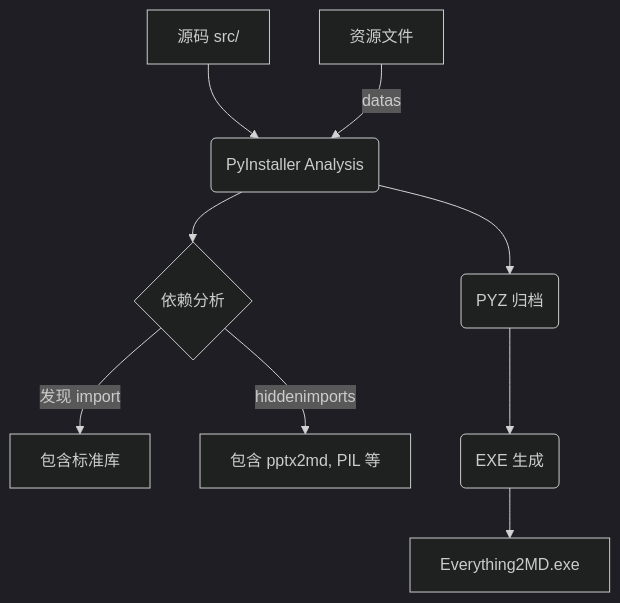
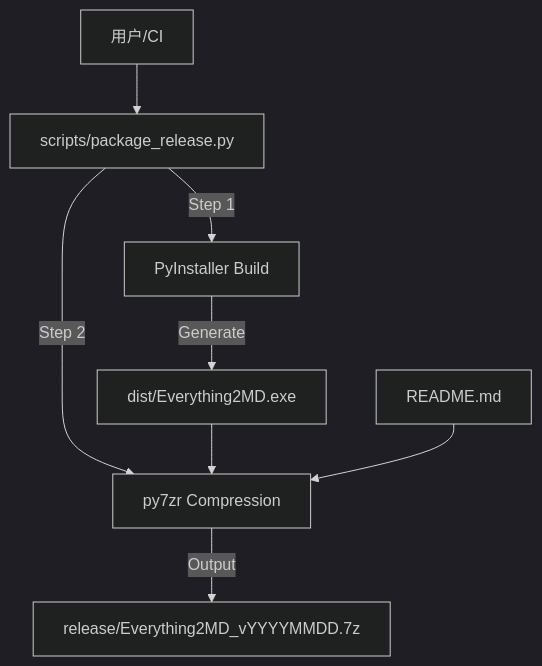
The diagram in docs/02_功能模块/打包发布/02_Architect/DESIGN_打包发布.md (demo112/Everything2MD), drawn with Mermaid (dark theme) before and after one commit. The commit also changed other lines of this file and 85 other files, not shown here.

````diff
--- a/docs/02_功能模块/打包发布/02_Architect/DESIGN_打包发布.md
+++ b/docs/02_功能模块/打包发布/02_Architect/DESIGN_打包发布.md
@@ -6,11 +6,10 @@
 ```mermaid
 graph TD
-    A[源码 src/] --> B(PyInstaller Analysis)
-    B --> C{依赖分析}
-    C -->|发现 import| D[包含标准库]
-    C -->|hiddenimports| E[包含 pptx2md, PIL 等]
-    F[资源文件] -->|datas| B
-    B --> G(PYZ 归档)
-    G --> H(EXE 生成)
-    H --> I[Everything2MD.exe]
+    User[用户/CI] --> Script[scripts/package_release.py]
+    Script -->|Step 1| PyInstaller[PyInstaller Build]
+    PyInstaller -->|Generate| EXE[dist/Everything2MD.exe]
+    Script -->|Step 2| Py7zr[py7zr Compression]
+    EXE --> Py7zr
+    Readme[README.md] --> Py7zr
+    Py7zr -->|Output| Archive[release/Everything2MD_vYYYYMMDD.7z]
 ```
````
